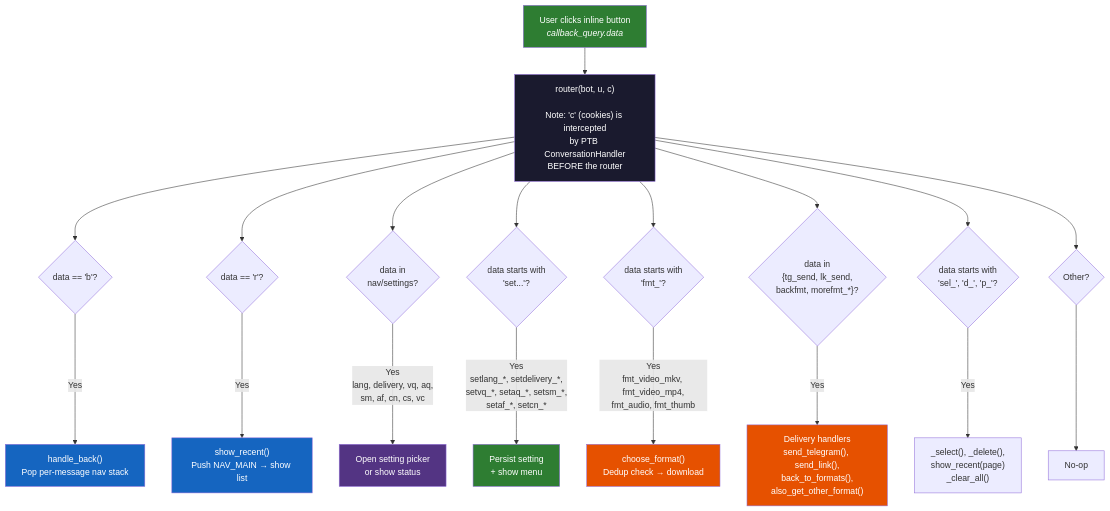
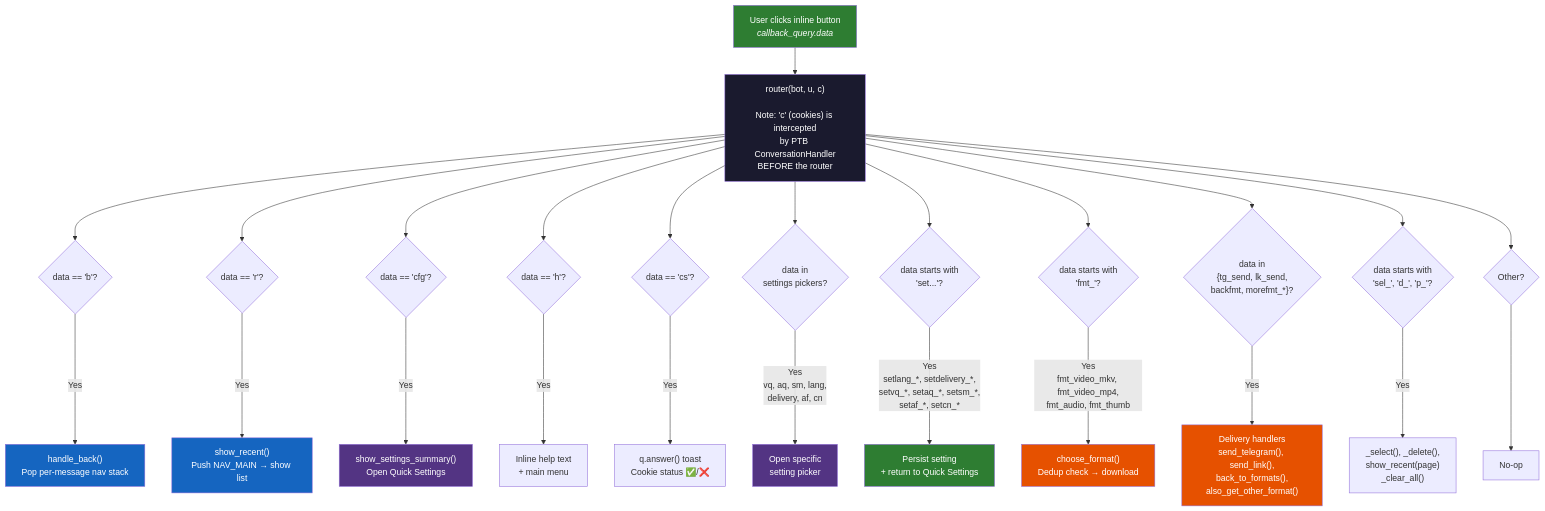
The third of 17 diagrams in docs/USER_FLOWS.md (HoomanJCode/Telegram_Yt_Bot), drawn with Mermaid before and after one commit. The commit also changed other lines of this file, not shown here.

First line of the commit message:
docs(user-flows): update USER_FLOWS.md for redesigned main menu and Quick Settings

````diff
--- a/docs/USER_FLOWS.md
+++ b/docs/USER_FLOWS.md
@@ -118,31 +101,38 @@
 ```mermaid
 flowchart TD
     CB["User clicks inline button<br/><i>callback_query.data</i>"] --> ROUTER["router(bot, u, c)<br/><br/>Note: 'c' (cookies) is intercepted<br/>by PTB ConversationHandler<br/>BEFORE the router"]
 
     ROUTER --> B{"data == 'b'?"}
     ROUTER --> R{"data == 'r'?"}
-    ROUTER --> NAV{"data in<br/>nav/settings?"}
+    ROUTER --> CFG{"data == 'cfg'?"}
+    ROUTER --> H{"data == 'h'?"}
+    ROUTER --> CS{"data == 'cs'?"}
+    ROUTER --> NAV{"data in<br/>settings pickers?"}
     ROUTER --> SET{"data starts with<br/>'set...'?"}
     ROUTER --> FMT{"data starts with<br/>'fmt_'?"}
     ROUTER --> DEL{"data in<br/>{tg_send, lk_send,<br/>backfmt, morefmt_*}?"}
     ROUTER --> RECENT{"data starts with<br/>'sel_', 'd_', 'p_'?"}
     ROUTER --> OTHER{"Other?"}
 
     B -->|"Yes"| BACK["handle_back()<br/>Pop per-message nav stack"]
     R -->|"Yes"| REC["show_recent()<br/>Push NAV_MAIN → show list"]
-    NAV -->|"Yes<br/>lang, delivery, vq, aq,<br/>sm, af, cn, cs, vc"| PICKERS["Open setting picker<br/>or show status"]
-    SET -->|"Yes<br/>setlang_*, setdelivery_*,<br/>setvq_*, setaq_*, setsm_*,<br/>setaf_*, setcn_*"| PERSIST["Persist setting<br/>+ show menu"]
+    CFG -->|"Yes"| SHOW_CFG["show_settings_summary()<br/>Open Quick Settings"]
+    H -->|"Yes"| HELP_MSG["Inline help text<br/>+ main menu"]
+    CS -->|"Yes"| TOAST["q.answer() toast<br/>Cookie status ✅/❌"]
+    NAV -->|"Yes<br/>vq, aq, sm, lang,<br/>delivery, af, cn"| PICKERS["Open specific<br/>setting picker"]
+    SET -->|"Yes<br/>setlang_*, setdelivery_*,<br/>setvq_*, setaq_*, setsm_*,<br/>setaf_*, setcn_*"| PERSIST["Persist setting<br/>+ return to Quick Settings"]
     FMT -->|"Yes<br/>fmt_video_mkv, fmt_video_mp4,<br/>fmt_audio, fmt_thumb"| CHOOSE["choose_format()<br/>Dedup check → download"]
     DEL -->|"Yes"| DELIVERY["Delivery handlers<br/>send_telegram(), send_link(),<br/>back_to_formats(),<br/>also_get_other_format()"]
     RECENT -->|"Yes"| REC_ACTIONS["_select(), _delete(),<br/>show_recent(page)<br/>_clear_all()"]
     OTHER --> IGNORE["No-op"]
 
     style CB fill:#2e7d32,color:#fff
     style ROUTER fill:#1a1a2e,color:#fff
     style BACK fill:#1565c0,color:#fff
     style REC fill:#1565c0,color:#fff
+    style SHOW_CFG fill:#533483,color:#fff
     style PICKERS fill:#533483,color:#fff
     style PERSIST fill:#2e7d32,color:#fff
     style CHOOSE fill:#e65100,color:#fff
     style DELIVERY fill:#e65100,color:#fff
 ```
````
